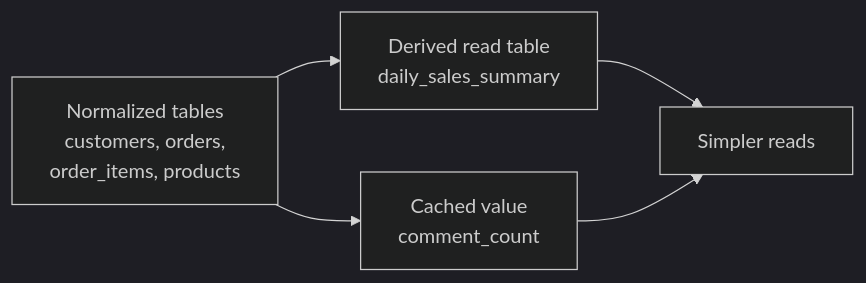
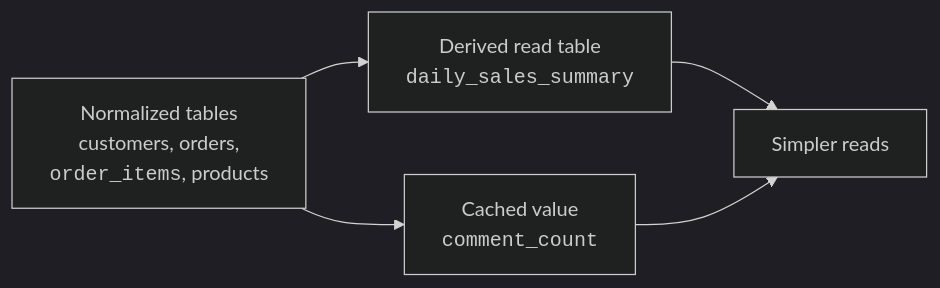
One commit to dataslope/dataslope changed the first of 3 diagrams in content/learn/database-design-postgresql/denormalization.mdx. Above: the diagram before and after it, drawn with Mermaid (dark theme). The commit also changed 153 other files, not shown here.

First line of the commit message:
Render code-only mermaid shapes in monospace; convert step sequences to Steps

````diff
--- a/content/learn/database-design-postgresql/denormalization.mdx
+++ b/content/learn/database-design-postgresql/denormalization.mdx
@@ -45,7 +45,7 @@
 ```mermaid
 flowchart LR
-    N["Normalized tables<br/>customers, orders,<br/>order_items, products"] --> R["Derived read table<br/>daily_sales_summary"]
-    N --> C["Cached value<br/>comment_count"]
+    N["Normalized tables<br/>customers, orders,<br/><code>order_items</code>, products"] --> R["Derived read table<br/><code>daily_sales_summary</code>"]
+    N --> C["Cached value<br/><code>comment_count</code>"]
     R --> Benefit["Simpler reads"]
     C --> Benefit
 ```
````
